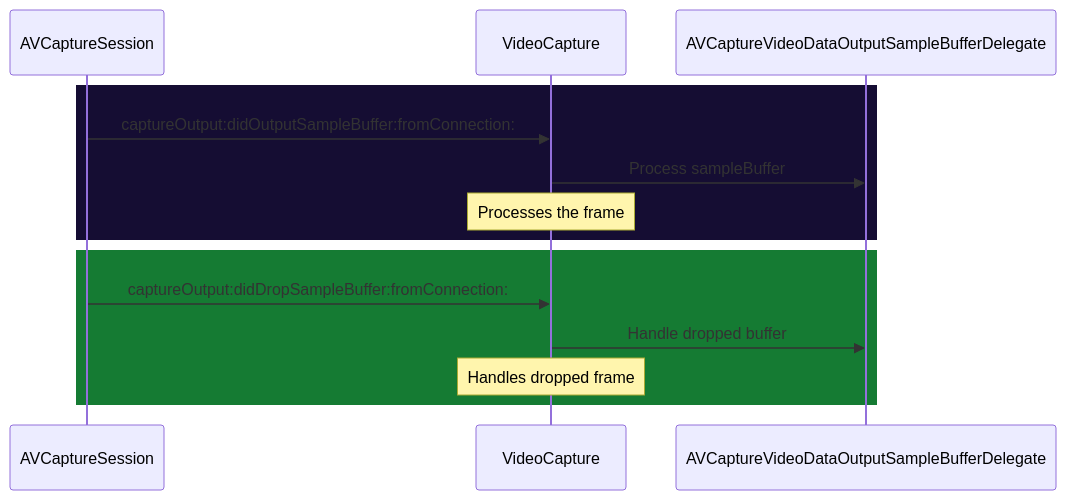
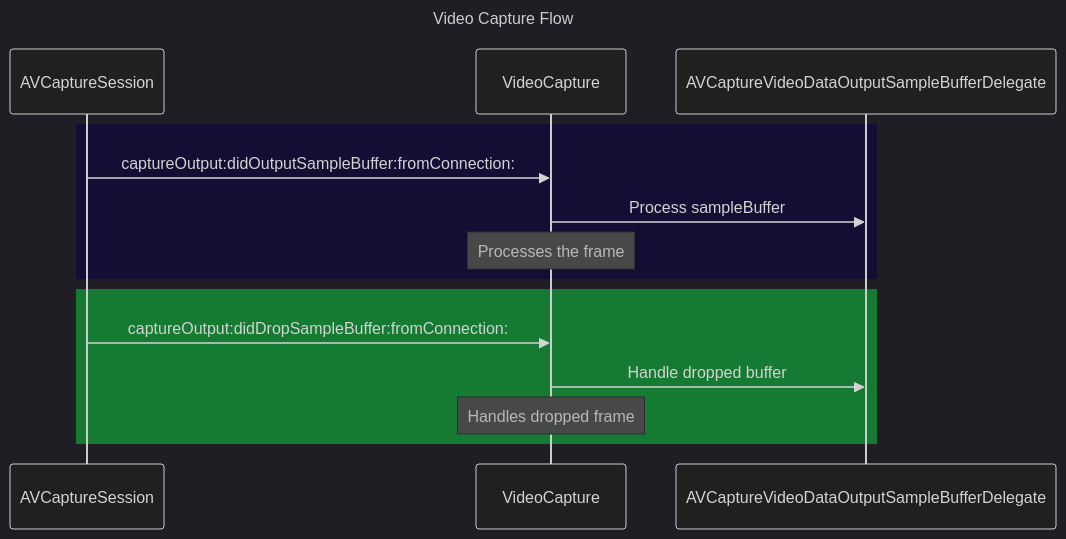
Before and after one commit to CongLeSolutionX/iOS-development-vault: the fourth of 10 diagrams in Reversing_Engineer_through_Interfaces/Swift-generated_header_file_in_depth_in_Mermaid.md, drawn with Mermaid. The commit also changed other lines of this file and 8 other files, not shown here.

````diff
--- a/Reversing_Engineer_through_Interfaces/Swift-generated_header_file_in_depth_in_Mermaid.md
+++ b/Reversing_Engineer_through_Interfaces/Swift-generated_header_file_in_depth_in_Mermaid.md
@@ -258,19 +279,26 @@
 ```mermaid
+---
+title: Video Capture Flow
+config:
+  layout: elk
+  look: handDrawn
+  theme: dark
+---
 sequenceDiagram
     participant Camera as AVCaptureSession
     participant VC as VideoCapture
     participant Delegate as AVCaptureVideoDataOutputSampleBufferDelegate
 
     rect rgb(21, 13, 51)
     Camera ->> VC: captureOutput:didOutputSampleBuffer:fromConnection:
     VC ->> Delegate: Process sampleBuffer
     Note over VC: Processes the frame
     end
 
     rect rgb(21, 123, 51)
     Camera ->> VC: captureOutput:didDropSampleBuffer:fromConnection:
     VC ->> Delegate: Handle dropped buffer
     Note over VC: Handles dropped frame
     end
       
 ```
````
